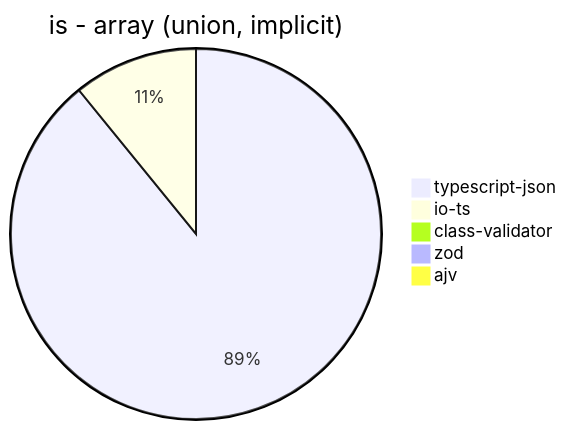
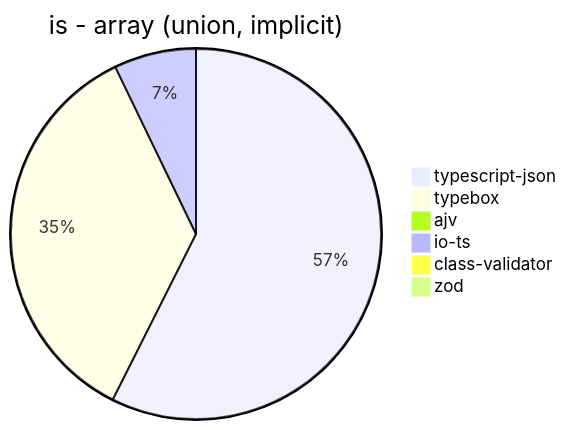
The seventh of 39 diagrams in benchmark/results/11th Gen Intel(R) Core(TM) i5-1135G7 @ 2.40GHz.md (samchon/typia), drawn with Mermaid before and after one commit. The commit also changed other lines of this file and 16 other files, not shown here.

````diff
--- a/benchmark/results/11th Gen Intel(R) Core(TM) i5-1135G7 @ 2.40GHz.md
+++ b/benchmark/results/11th Gen Intel(R) Core(TM) i5-1135G7 @ 2.40GHz.md
@@ -81,8 +87,9 @@
 ```mermaid
 pie title is - array (union, implicit)
-  "typescript-json": 3677.155329210622
-  "io-ts": 448.6016628873772
-  "class-validator": 9.33009889904833
-  "zod": 3.5694157430020663
+  "typescript-json": 3689.2798839107563
+  "typebox": 2275.968710205567
   "ajv": 0
+  "io-ts": 460.33519553072625
+  "class-validator": 8.64397622906537
+  "zod": 3.549411544928078
 ```
````
